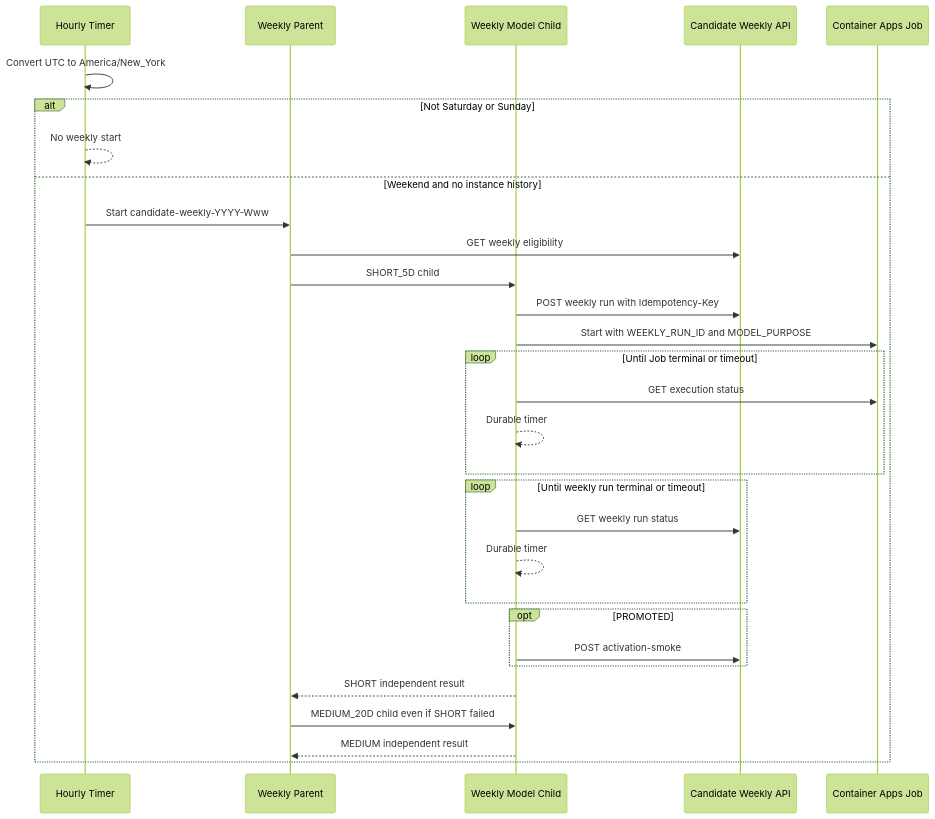
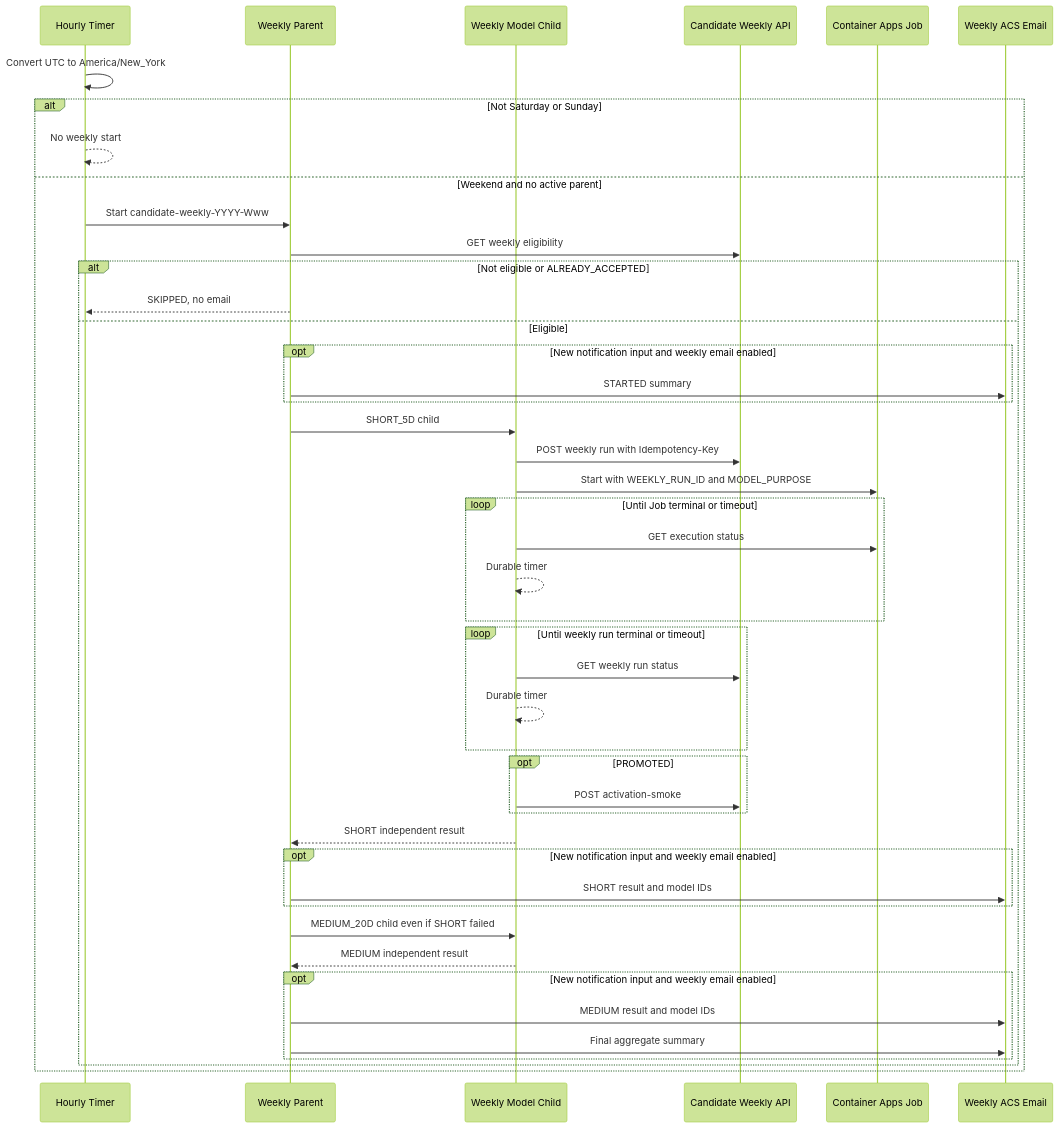
One commit to brjeong-private/sp500-candidate-engine changed the second of 4 diagrams in .github/modernize/assessment/engines/facts/orchestrator-architecture.md. Above: the diagram before and after it, drawn with Mermaid (forest theme). The commit also changed other lines of this file and 13 other files, not shown here.

Commit message:
docs: align pipeline and LLM architecture with operational state

````diff
--- a/.github/modernize/assessment/engines/facts/orchestrator-architecture.md
+++ b/.github/modernize/assessment/engines/facts/orchestrator-architecture.md
@@ -91,33 +92,48 @@
 ```mermaid
 sequenceDiagram
     participant T as Hourly Timer
     participant W as Weekly Parent
     participant M as Weekly Model Child
     participant C as Candidate Weekly API
     participant J as Container Apps Job
+    participant A as Weekly ACS Email
 
     T->>T: Convert UTC to America/New_York
     alt Not Saturday or Sunday
         T-->>T: No weekly start
-    else Weekend and no instance history
+    else Weekend and no active parent
         T->>W: Start candidate-weekly-YYYY-Www
         W->>C: GET weekly eligibility
+        alt Not eligible or ALREADY_ACCEPTED
+            W-->>T: SKIPPED, no email
+        else Eligible
+        opt New notification input and weekly email enabled
+            W->>A: STARTED summary
+        end
         W->>M: SHORT_5D child
         M->>C: POST weekly run with Idempotency-Key
         M->>J: Start with WEEKLY_RUN_ID and MODEL_PURPOSE
         loop Until Job terminal or timeout
             M->>J: GET execution status
             M-->>M: Durable timer
         end
         loop Until weekly run terminal or timeout
             M->>C: GET weekly run status
             M-->>M: Durable timer
         end
         opt PROMOTED
             M->>C: POST activation-smoke
         end
         M-->>W: SHORT independent result
+        opt New notification input and weekly email enabled
+            W->>A: SHORT result and model IDs
+        end
         W->>M: MEDIUM_20D child even if SHORT failed
         M-->>W: MEDIUM independent result
+        opt New notification input and weekly email enabled
+            W->>A: MEDIUM result and model IDs
+            W->>A: Final aggregate summary
+        end
+        end
     end
 ```
````
